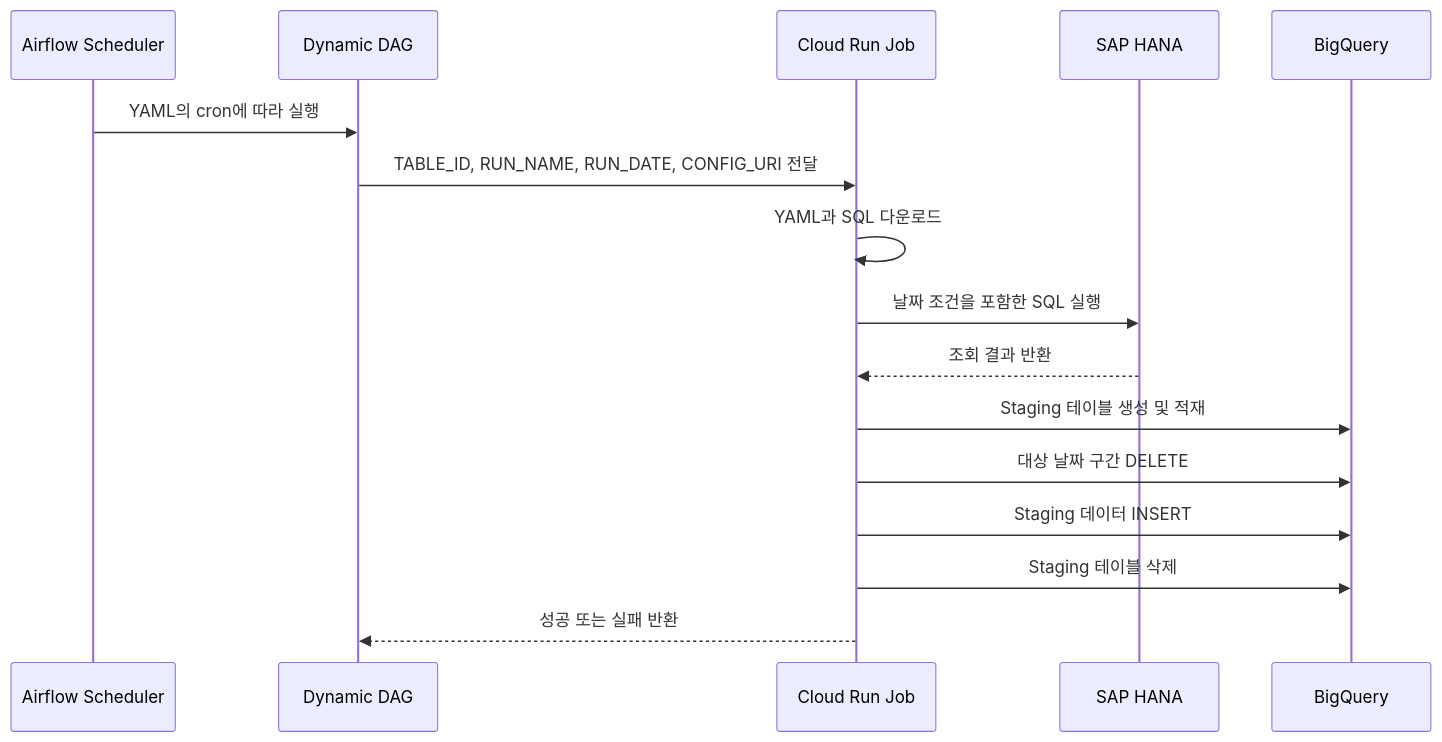
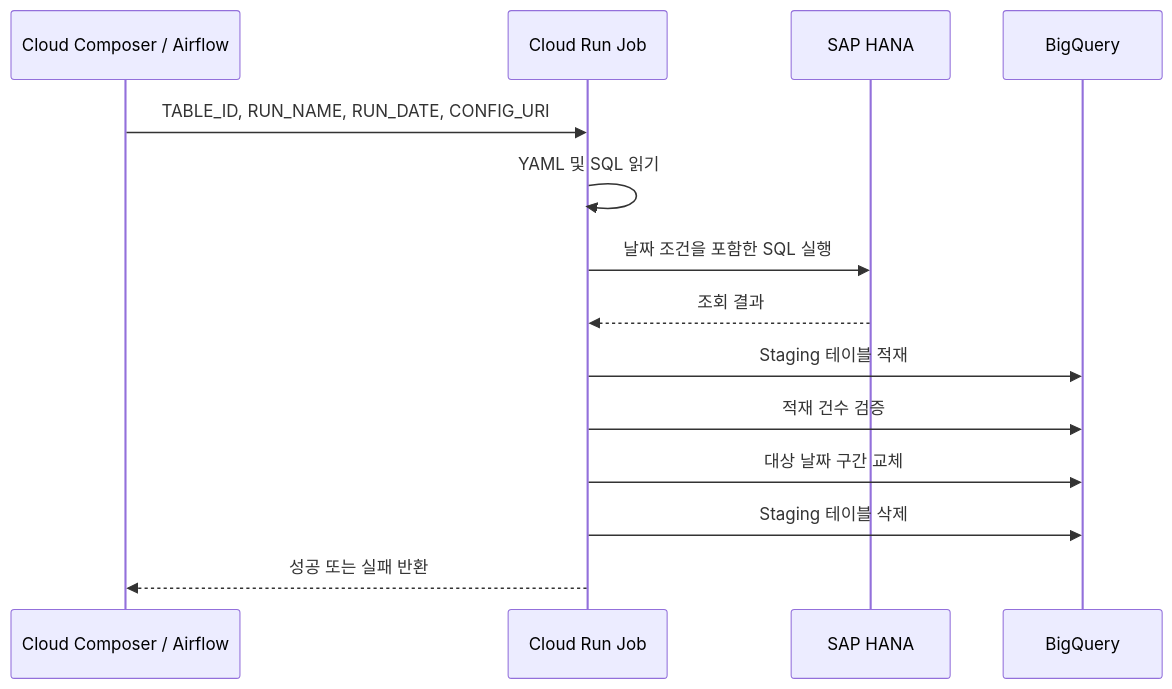
The first of 2 diagrams in docs/architecture.md (qkrwlfjddl/HANA-BQ-ApacheAirflow), drawn with Mermaid before and after one commit. The commit also changed other lines of this file, not shown here.

````diff
--- a/docs/architecture.md
+++ b/docs/architecture.md
@@ -35,19 +10,17 @@
 ```mermaid
 sequenceDiagram
-    participant S as Airflow Scheduler
-    participant D as Dynamic DAG
+    participant A as Cloud Composer / Airflow
     participant R as Cloud Run Job
     participant H as SAP HANA
     participant B as BigQuery
 
-    S->>D: YAML의 cron에 따라 실행
-    D->>R: TABLE_ID, RUN_NAME, RUN_DATE, CONFIG_URI 전달
-    R->>R: YAML과 SQL 다운로드
+    A->>R: TABLE_ID, RUN_NAME, RUN_DATE, CONFIG_URI
+    R->>R: YAML 및 SQL 읽기
     R->>H: 날짜 조건을 포함한 SQL 실행
-    H-->>R: 조회 결과 반환
-    R->>B: Staging 테이블 생성 및 적재
-    R->>B: 대상 날짜 구간 DELETE
-    R->>B: Staging 데이터 INSERT
+    H-->>R: 조회 결과
+    R->>B: Staging 테이블 적재
+    R->>B: 적재 건수 검증
+    R->>B: 대상 날짜 구간 교체
     R->>B: Staging 테이블 삭제
-    R-->>D: 성공 또는 실패 반환
+    R-->>A: 성공 또는 실패 반환
 ```
````
